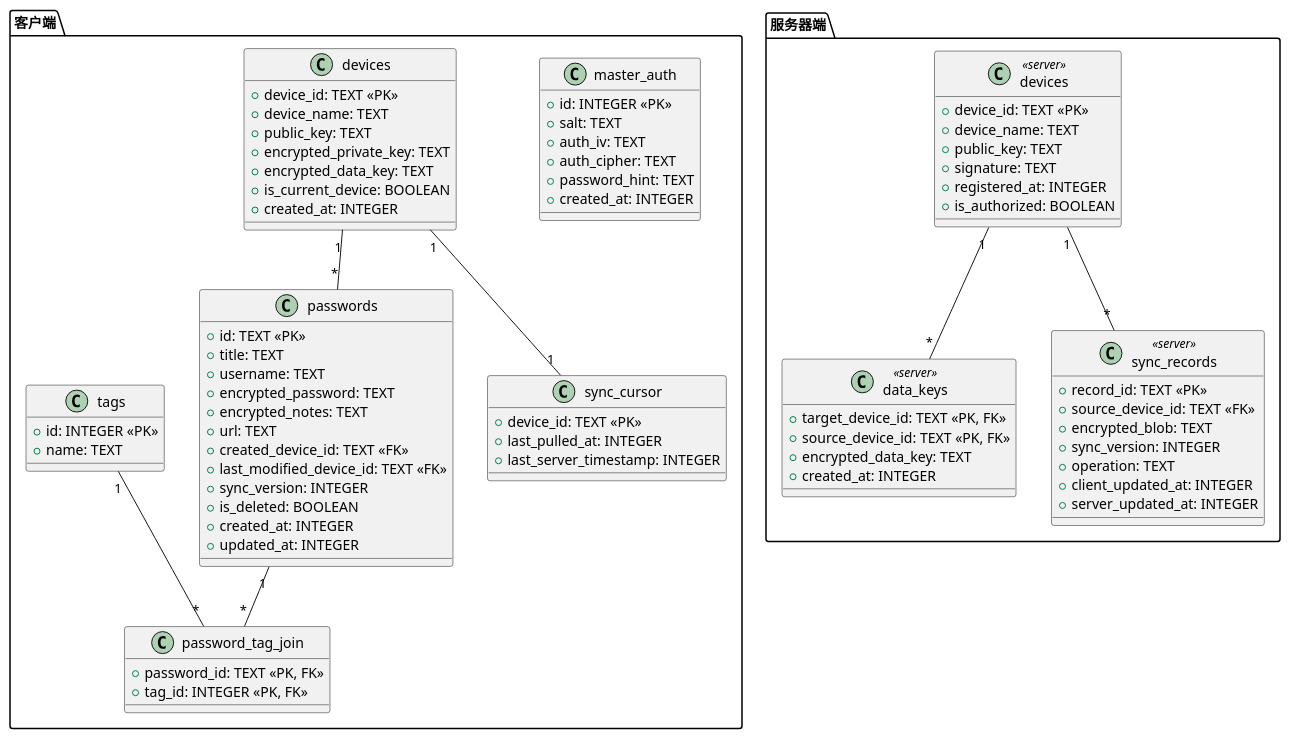
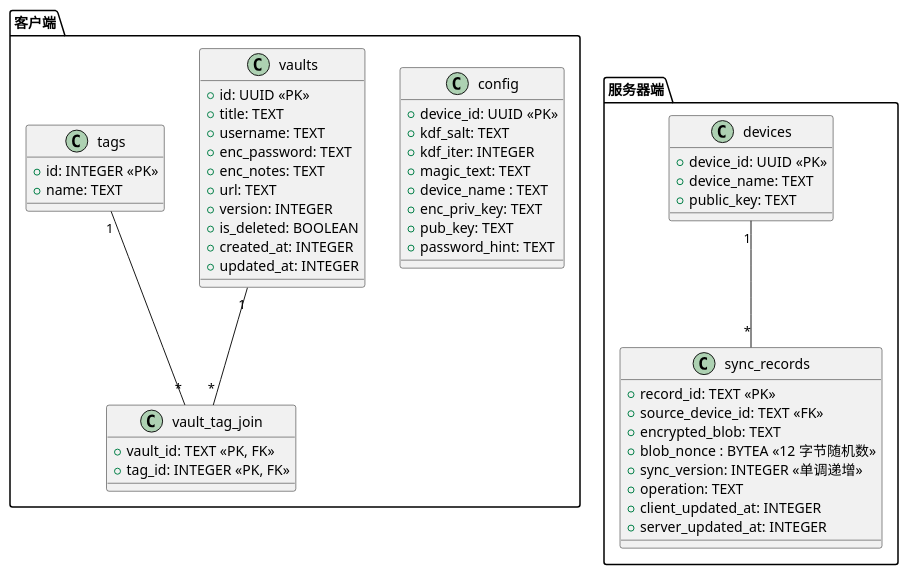
Before and after one commit to zxionf/vlt: the diagram in .design/关系表.iuml, drawn with PlantUML. The commit also changed 13 other files, not shown here.

```diff
--- a/.design/关系表.iuml
+++ b/.design/关系表.iuml
@@ -1,94 +1,64 @@
-@startuml
-' 客户端数据库表
+@startuml 关系表
+
 package "客户端" {
-    class master_auth {
-        + id: INTEGER <<PK>>
-        + salt: TEXT
-        + auth_iv: TEXT
-        + auth_cipher: TEXT
+    class config {
+        + device_id: UUID <<PK>>
+        + kdf_salt: TEXT
+        + kdf_iter: INTEGER
+        + magic_text: TEXT
+        + device_name : TEXT
+        + enc_priv_key: TEXT
+        + pub_key: TEXT
         + password_hint: TEXT
-        + created_at: INTEGER
     }
 
-    class devices {
-        + device_id: TEXT <<PK>>
-        + device_name: TEXT
-        + public_key: TEXT
-        + encrypted_private_key: TEXT
-        + encrypted_data_key: TEXT
-        + is_current_device: BOOLEAN
-        + created_at: INTEGER
-    }
-
-    class passwords {
-        + id: TEXT <<PK>>
+    class vaults {
+        + id: UUID <<PK>>
         + title: TEXT
         + username: TEXT
-        + encrypted_password: TEXT
-        + encrypted_notes: TEXT
+        + enc_password: TEXT
+        + enc_notes: TEXT
         + url: TEXT
-        + created_device_id: TEXT <<FK>>
-        + last_modified_device_id: TEXT <<FK>>
-        + sync_version: INTEGER
+        + version: INTEGER
         + is_deleted: BOOLEAN
         + created_at: INTEGER
         + updated_at: INTEGER
     }
 
     class tags {
         + id: INTEGER <<PK>>
         + name: TEXT
     }
 
-    class password_tag_join {
-        + password_id: TEXT <<PK, FK>>
+    class vault_tag_join {
+        + vault_id: TEXT <<PK, FK>>
         + tag_id: INTEGER <<PK, FK>>
     }
 
-    class sync_cursor {
-        + device_id: TEXT <<PK>>
-        + last_pulled_at: INTEGER
-        + last_server_timestamp: INTEGER
+    vaults "1" -- "*" vault_tag_join
+    tags "1" -- "*" vault_tag_join
+}
+
+package "服务器端" {
+    class devices {
+        + device_id: UUID <<PK>>
+        + device_name: TEXT
+        + public_key: TEXT
     }
 
-    ' 客户端表关系
-    devices "1" -- "*" passwords
-    passwords "1" -- "*" password_tag_join
-    tags "1" -- "*" password_tag_join
-    devices "1" -- "1" sync_cursor
-}
-
-' 服务器端数据库表
-package "服务器端" {
-    class devices <<server>> {
-        + device_id: TEXT <<PK>>
-        + device_name: TEXT
-        + public_key: TEXT
-        + signature: TEXT
-        + registered_at: INTEGER
-        + is_authorized: BOOLEAN
-    }
-
-    class data_keys <<server>> {
-        + target_device_id: TEXT <<PK, FK>>
-        + source_device_id: TEXT <<PK, FK>>
-        + encrypted_data_key: TEXT
-        + created_at: INTEGER
-    }
-
-    class sync_records <<server>> {
+    class sync_records {
         + record_id: TEXT <<PK>>
         + source_device_id: TEXT <<FK>>
         + encrypted_blob: TEXT
-        + sync_version: INTEGER
+        + blob_nonce : BYTEA <<12 字节随机数>>
+        + sync_version: INTEGER <<单调递增>>
         + operation: TEXT
         + client_updated_at: INTEGER
         + server_updated_at: INTEGER
     }
 
     ' 服务器端表关系
-    devices "1" -- "*" data_keys
     devices "1" -- "*" sync_records
 }
 
 @enduml
```
